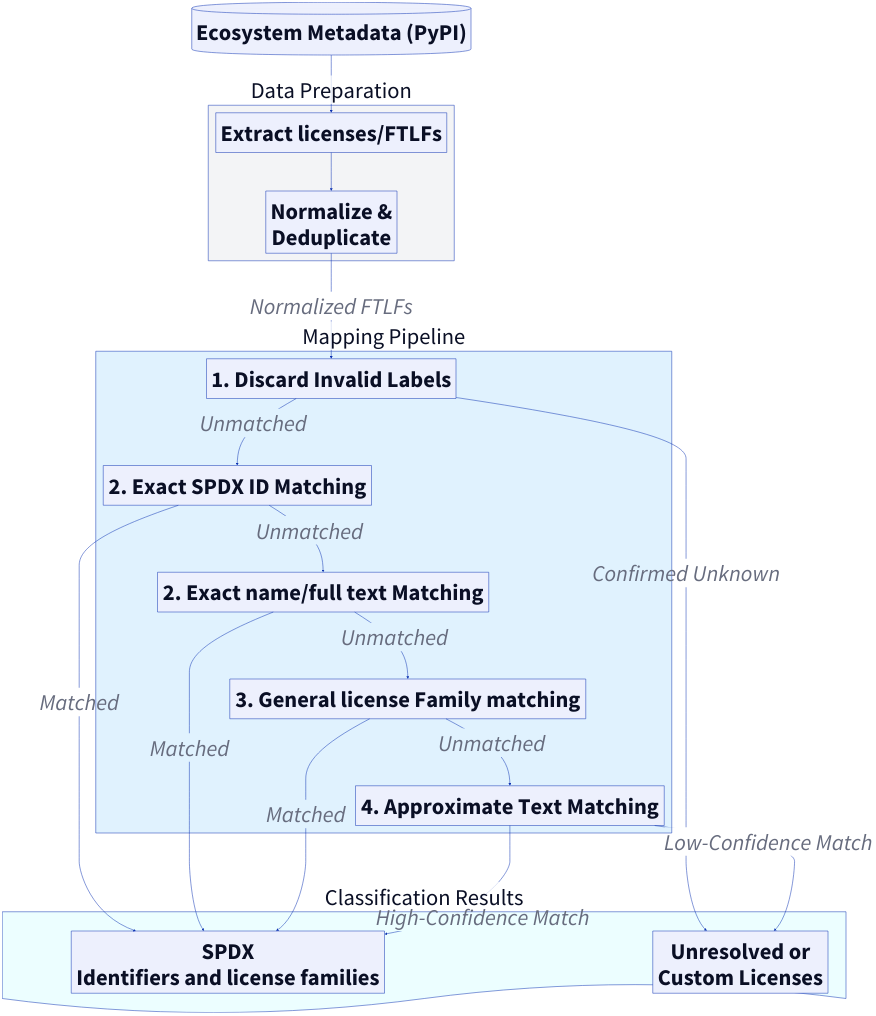
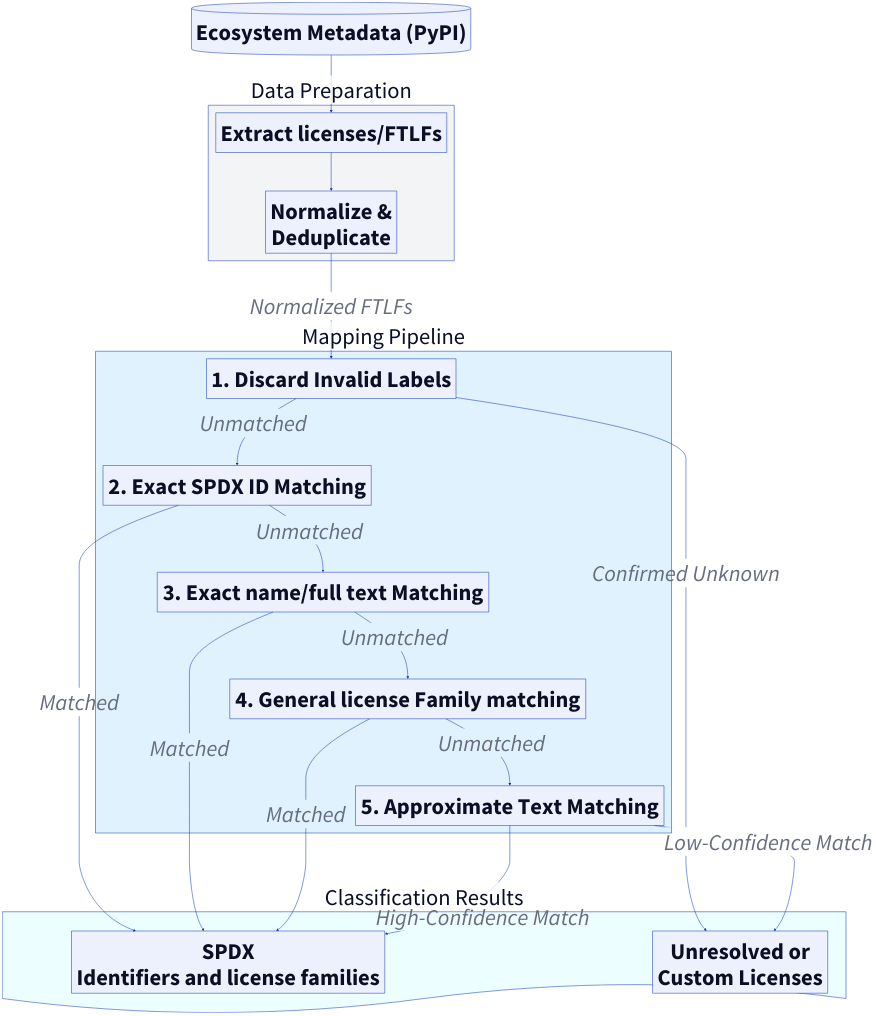
One commit to qwerltaz/lex2spdx changed the diagram in figures/pipeline.d2. Above: the diagram before and after it, drawn with D2. The commit also changed 1 other file, not shown here.

Commit message:
pipeline diagram: fix two stages being labeled 2

```diff
--- a/figures/pipeline.d2
+++ b/figures/pipeline.d2
@@ -1,59 +1,59 @@
 direction: down
 
 classes: {
   node_txt: {
     style.font-size: 90
   }
   edge_txt: {
     style.font-size: 90
   }
 }
 
 Input: Ecosystem Metadata (PyPI) {
   shape: cylinder
   class: node_txt
 }
 
 Preprocessing: Data Preparation {
   class: node_txt
   style.fill: "#f3f4f6"
   extract: Extract licenses/FTLFs {class: node_txt}
   normalize: Normalize &\nDeduplicate {class: node_txt}
 
   extract -> normalize: {class: edge_txt}
 }
 
 Pipeline: Mapping Pipeline {
   class: node_txt
   style.fill: "#e0f2fe"
 
   filter: 1. Discard Invalid Labels {class: node_txt}
   exact_id: 2. Exact SPDX ID Matching {class: node_txt}
-  exact: 2. Exact name/full text Matching {class: node_txt}
-  family: 3. General license Family matching {class: node_txt}
-  fuzzy: 4. Approximate Text Matching {class: node_txt}
+  exact: 3. Exact name/full text Matching {class: node_txt}
+  family: 4. General license Family matching {class: node_txt}
+  fuzzy: 5. Approximate Text Matching {class: node_txt}
 
   filter -> exact_id: Unmatched {class: edge_txt}
   exact_id -> exact: Unmatched {class: edge_txt}
   exact -> family: Unmatched {class: edge_txt}
   family -> fuzzy: Unmatched {class: edge_txt}
 }
 
 Output: Classification Results {
   class: node_txt
   shape: document
   style.fill: "#ecfeff"
 
   spdx: SPDX\nIdentifiers and license families {class: node_txt}
   unresolved: Unresolved or\nCustom Licenses {class: node_txt}
 }
 
 Input -> Preprocessing.extract
 Preprocessing.normalize -> Pipeline.filter: Normalized FTLFs {class: edge_txt}
 
 Pipeline.filter -> Output.unresolved: Confirmed Unknown {class: edge_txt}
 Pipeline.exact_id -> Output.spdx: Matched {class: edge_txt}
 Pipeline.exact -> Output.spdx: Matched {class: edge_txt}
 Pipeline.family -> Output.spdx: Matched {class: edge_txt}
 Pipeline.fuzzy -> Output.spdx: High-Confidence Match {class: edge_txt}
 Pipeline.fuzzy -> Output.unresolved: Low-Confidence Match {class: edge_txt}
```
